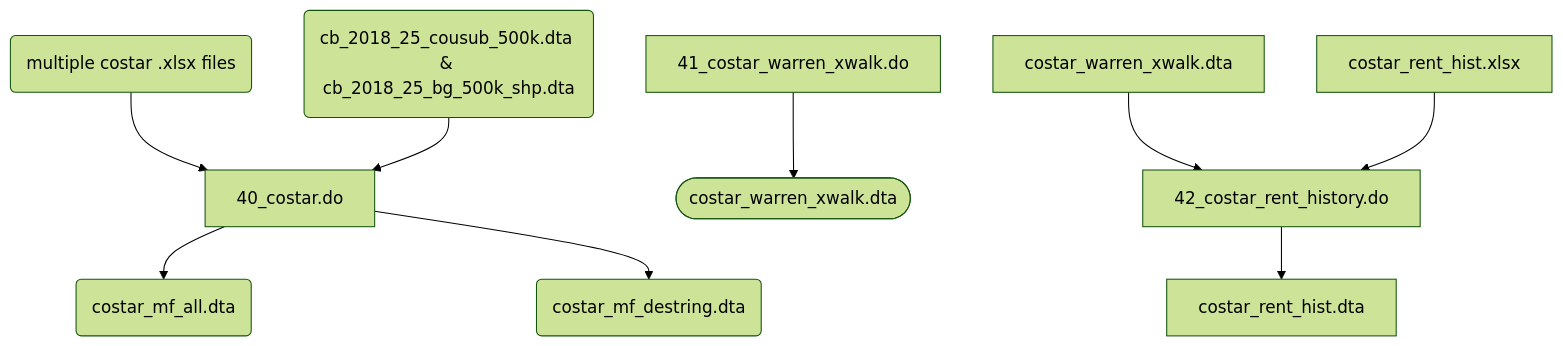
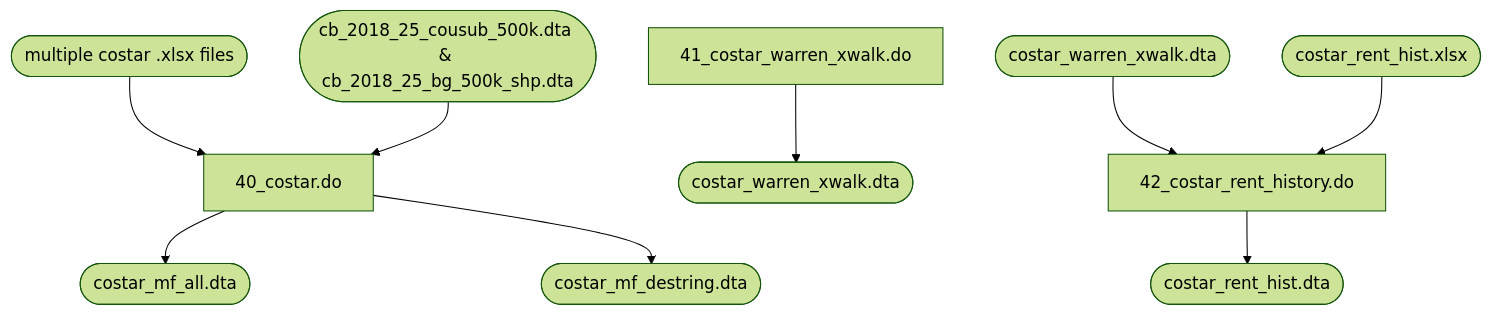
One commit to nchiumenti/boston_zoning changed the fifth of 6 diagrams in code/data_setup/README.md. Above: the diagram before and after it, drawn with Mermaid (forest theme). The commit also changed other lines of this file, not shown here.

````diff
--- a/code/data_setup/README.md
+++ b/code/data_setup/README.md
@@ -109,12 +109,12 @@
 ```mermaid
 flowchart TD
-    A(multiple costar .xlsx files)
-    B(cb_2018_25_cousub_500k.dta & cb_2018_25_bg_500k_shp.dta)
+    A([multiple costar .xlsx files])
+    B([cb_2018_25_cousub_500k.dta & cb_2018_25_bg_500k_shp.dta])
     E[40_costar.do]
-    C(costar_mf_all.dta)
-    D(costar_mf_destring.dta)
+    C([costar_mf_all.dta])
+    D([costar_mf_destring.dta])
 
 A & B --> E --> C & D
 id1[41_costar_warren_xwalk.do] --> id2([costar_warren_xwalk.dta])
-costar_warren_xwalk.dta & costar_rent_hist.xlsx --> 42_costar_rent_history.do --> costar_rent_hist.dta
+id3([costar_warren_xwalk.dta]) & id4([costar_rent_hist.xlsx]) --> id6[42_costar_rent_history.do] --> id5([costar_rent_hist.dta])
 ```
````
